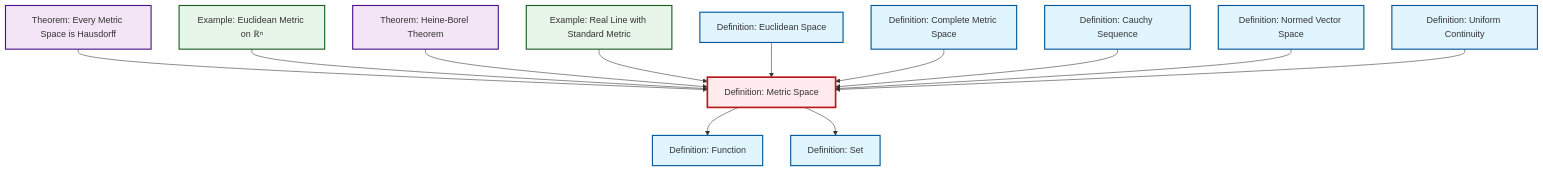
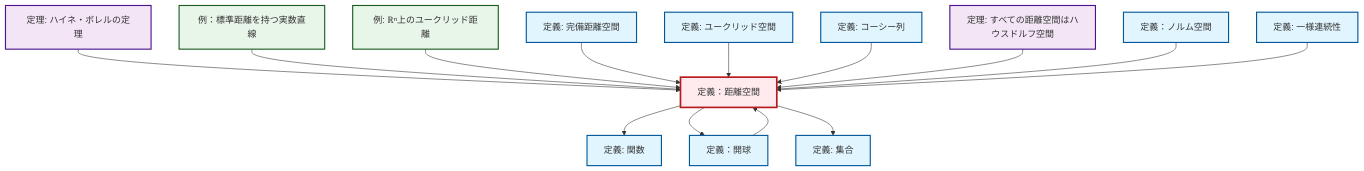
Before and after one commit to RK0429/ModernMath: the diagram in content/ja/analysis/def-metric-space.qmd, drawn with Mermaid. The commit also changed 1069 other files, not shown here.

````diff
--- a/content/ja/analysis/def-metric-space.qmd
+++ b/content/ja/analysis/def-metric-space.qmd
@@ -54,44 +54,48 @@
 ```{mermaid}
 %%| fig-cap: "Local dependency graph"
 graph TD
     classDef definition fill:#e1f5fe,stroke:#01579b,stroke-width:2px
     classDef theorem fill:#f3e5f5,stroke:#4a148c,stroke-width:2px
     classDef axiom fill:#fff3e0,stroke:#e65100,stroke-width:2px
     classDef example fill:#e8f5e9,stroke:#1b5e20,stroke-width:2px
     classDef current fill:#ffebee,stroke:#b71c1c,stroke-width:3px
-    def-euclidean-space["Definition: Euclidean Space"]:::definition
-    def-set["Definition: Set"]:::definition
-    def-metric-space["Definition: Metric Space"]:::definition
-    ex-euclidean-metric["Example: Euclidean Metric on ℝⁿ"]:::example
-    def-normed-vector-space["Definition: Normed Vector Space"]:::definition
-    def-cauchy-sequence["Definition: Cauchy Sequence"]:::definition
-    def-complete-metric-space["Definition: Complete Metric Space"]:::definition
-    thm-heine-borel["Theorem: Heine-Borel Theorem"]:::theorem
-    def-function["Definition: Function"]:::definition
-    ex-real-line-metric["Example: Real Line with Standard Metric"]:::example
-    thm-metric-hausdorff["Theorem: Every Metric Space is Hausdorff"]:::theorem
-    def-uniform-continuity["Definition: Uniform Continuity"]:::definition
+    thm-metric-hausdorff["定理: すべての距離空間はハウスドルフ空間"]:::theorem
+    def-set["定義: 集合"]:::definition
+    def-uniform-continuity["定義: 一様連続性"]:::definition
+    ex-euclidean-metric["例: ℝⁿ上のユークリッド距離"]:::example
+    def-function["定義: 関数"]:::definition
+    ex-real-line-metric["例：標準距離を持つ実数直線"]:::example
+    def-cauchy-sequence["定義: コーシー列"]:::definition
+    def-metric-space["定義：距離空間"]:::definition
+    def-complete-metric-space["定義: 完備距離空間"]:::definition
+    def-normed-vector-space["定義：ノルム空間"]:::definition
+    def-open-ball["定義：開球"]:::definition
+    thm-heine-borel["定理: ハイネ・ボレルの定理"]:::theorem
+    def-euclidean-space["定義: ユークリッド空間"]:::definition
+    thm-heine-borel --> def-metric-space
+    ex-real-line-metric --> def-metric-space
+    ex-euclidean-metric --> def-metric-space
+    def-complete-metric-space --> def-metric-space
+    def-metric-space --> def-function
+    def-euclidean-space --> def-metric-space
+    def-cauchy-sequence --> def-metric-space
     thm-metric-hausdorff --> def-metric-space
-    ex-euclidean-metric --> def-metric-space
-    thm-heine-borel --> def-metric-space
-    def-metric-space --> def-function
-    ex-real-line-metric --> def-metric-space
-    def-metric-space --> def-set
-    def-euclidean-space --> def-metric-space
-    def-complete-metric-space --> def-metric-space
-    def-cauchy-sequence --> def-metric-space
     def-normed-vector-space --> def-metric-space
     def-uniform-continuity --> def-metric-space
+    def-open-ball --> def-metric-space
+    def-metric-space --> def-open-ball
+    def-metric-space --> def-set
     class def-metric-space current
-    click def-euclidean-space "def-euclidean-space.html" "Definition: Euclidean Spaceへ"
-    click def-set "def-set.html" "Definition: Setへ"
-    click ex-euclidean-metric "ex-euclidean-metric.html" "Example: Euclidean Metric on ℝⁿへ"
-    click def-normed-vector-space "def-normed-vector-space.html" "Definition: Normed Vector Spaceへ"
-    click def-cauchy-sequence "def-cauchy-sequence.html" "Definition: Cauchy Sequenceへ"
-    click def-complete-metric-space "def-complete-metric-space.html" "Definition: Complete Metric Spaceへ"
-    click thm-heine-borel "thm-heine-borel.html" "Theorem: Heine-Borel Theoremへ"
-    click def-function "def-function.html" "Definition: Functionへ"
-    click ex-real-line-metric "ex-real-line-metric.html" "Example: Real Line with Standard Metricへ"
-    click thm-metric-hausdorff "thm-metric-hausdorff.html" "Theorem: Every Metric Space is Hausdorffへ"
-    click def-uniform-continuity "def-uniform-continuity.html" "Definition: Uniform Continuityへ"
+    click thm-metric-hausdorff "thm-metric-hausdorff.html" "すべての距離空間はハウスドルフ空間の定理へ"
+    click def-set "def-set.html" "集合の定義へ"
+    click def-uniform-continuity "def-uniform-continuity.html" "一様連続性の定義へ"
+    click ex-euclidean-metric "ex-euclidean-metric.html" "ℝⁿ上のユークリッド距離の例へ"
+    click def-function "def-function.html" "関数の定義へ"
+    click ex-real-line-metric "ex-real-line-metric.html" "例：標準距離を持つ実数直線へ"
+    click def-cauchy-sequence "def-cauchy-sequence.html" "コーシー列の定義へ"
+    click def-complete-metric-space "def-complete-metric-space.html" "完備距離空間の定義へ"
+    click def-normed-vector-space "def-normed-vector-space.html" "定義：ノルム空間へ"
+    click def-open-ball "def-open-ball.html" "定義：開球へ"
+    click thm-heine-borel "thm-heine-borel.html" "ハイネ・ボレルの定理の定理へ"
+    click def-euclidean-space "def-euclidean-space.html" "ユークリッド空間の定義へ"
 ```
````
